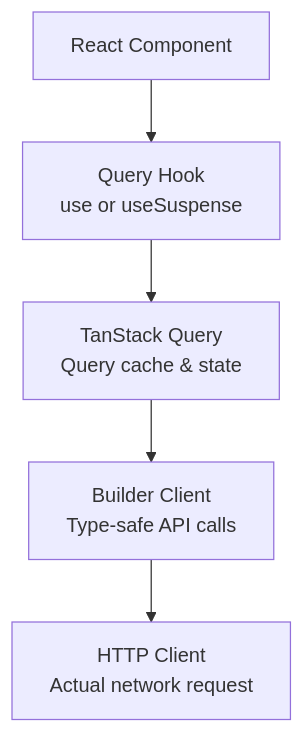
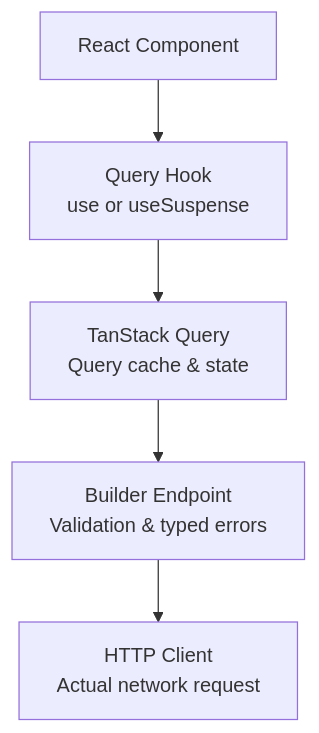
Before and after one commit to navios-org/navios: the diagram in apps/docs/docs/builder/react-query/overview.md, drawn with Mermaid. The commit also changed other lines of this file and 47 other files, not shown here.

````diff
--- a/apps/docs/docs/builder/react-query/overview.md
+++ b/apps/docs/docs/builder/react-query/overview.md
@@ -79,7 +97,7 @@
 ```mermaid
 graph TD
     A[React Component] --> B[Query Hook<br/>use or useSuspense]
     B --> C[TanStack Query<br/>Query cache & state]
-    C --> D[Builder Client<br/>Type-safe API calls]
+    C --> D[Builder Endpoint<br/>Validation & typed errors]
     D --> E[HTTP Client<br/>Actual network request]
 ```
````
